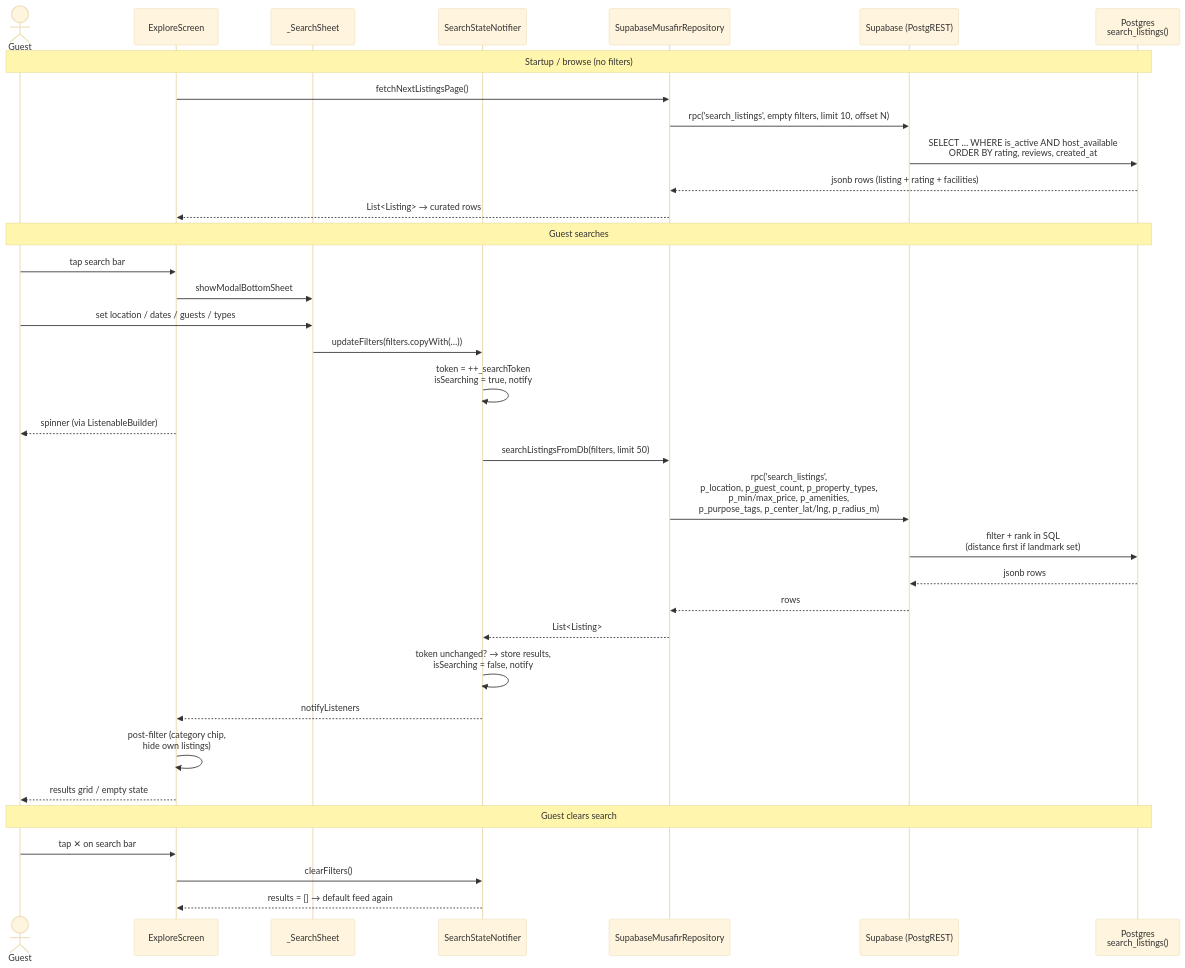
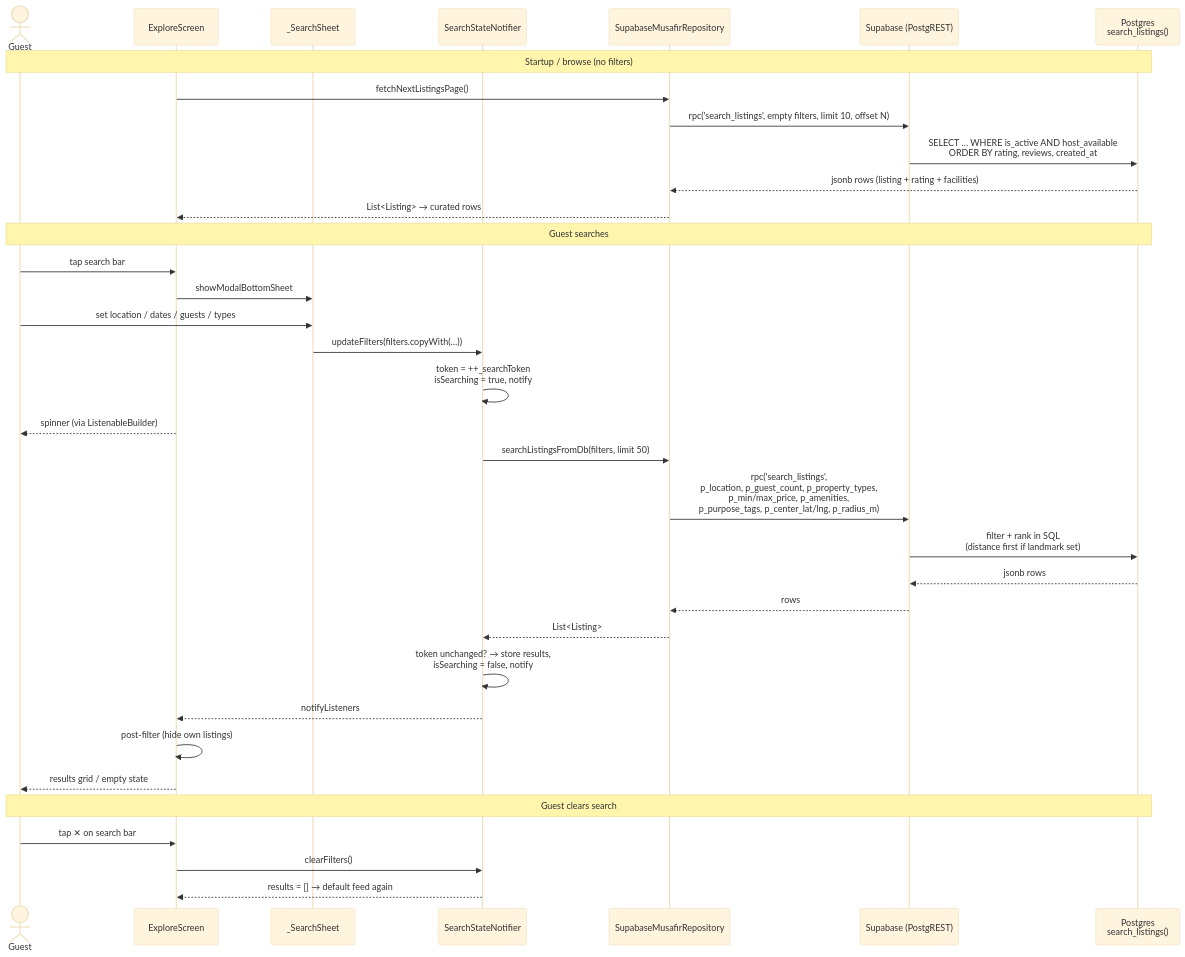
Before and after one commit to naib77/musafirr: the second of 2 diagrams in docs/GUEST_SEARCH_FLOW.md, drawn with Mermaid (base theme). The commit also changed other lines of this file and 4 other files, not shown here.

````diff
--- a/docs/GUEST_SEARCH_FLOW.md
+++ b/docs/GUEST_SEARCH_FLOW.md
@@ -84,40 +83,40 @@
 ```mermaid
 sequenceDiagram
     actor G as Guest
     participant ES as ExploreScreen
     participant SS as _SearchSheet
     participant SN as SearchStateNotifier
     participant RP as SupabaseMusafirRepository
     participant SB as Supabase (PostgREST)
     participant PG as Postgres<br/>search_listings()
 
     Note over G,PG: Startup / browse (no filters)
     ES->>RP: fetchNextListingsPage()
     RP->>SB: rpc('search_listings', empty filters, limit 10, offset N)
     SB->>PG: SELECT … WHERE is_active AND host_available<br/>ORDER BY rating, reviews, created_at
     PG-->>RP: jsonb rows (listing + rating + facilities)
     RP-->>ES: List<Listing> → curated rows
 
     Note over G,PG: Guest searches
     G->>ES: tap search bar
     ES->>SS: showModalBottomSheet
     G->>SS: set location / dates / guests / types
     SS->>SN: updateFilters(filters.copyWith(…))
     SN->>SN: token = ++_searchToken<br/>isSearching = true, notify
     ES-->>G: spinner (via ListenableBuilder)
     SN->>RP: searchListingsFromDb(filters, limit 50)
     RP->>SB: rpc('search_listings',<br/>p_location, p_guest_count, p_property_types,<br/>p_min/max_price, p_amenities,<br/>p_purpose_tags, p_center_lat/lng, p_radius_m)
     SB->>PG: filter + rank in SQL<br/>(distance first if landmark set)
     PG-->>SB: jsonb rows
     SB-->>RP: rows
     RP-->>SN: List<Listing>
     SN->>SN: token unchanged? → store results,<br/>isSearching = false, notify
     SN-->>ES: notifyListeners
-    ES->>ES: post-filter (category chip,<br/>hide own listings)
+    ES->>ES: post-filter (hide own listings)
     ES-->>G: results grid / empty state
 
     Note over G,PG: Guest clears search
     G->>ES: tap ✕ on search bar
     ES->>SN: clearFilters()
     SN-->>ES: results = [] → default feed again
 ```
````
